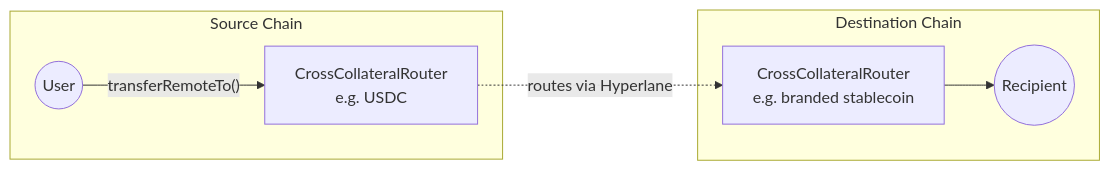
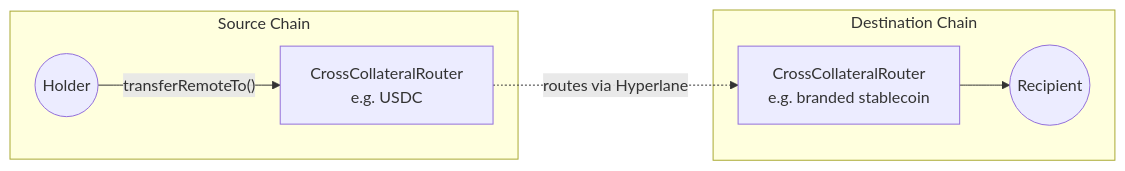
Before and after one commit to hyperlane-xyz/v4-docs: the diagram in docs/applications/stablelane/overview.mdx, drawn with Mermaid. The commit also changed other lines of this file, not shown here.

````diff
--- a/docs/applications/stablelane/overview.mdx
+++ b/docs/applications/stablelane/overview.mdx
@@ -68,14 +72,14 @@
 ```mermaid
 flowchart LR
     subgraph source["Source Chain"]
-        U((User))
+        U((Holder))
         SR["CrossCollateralRouter<br/>e.g. USDC"]
     end
     subgraph destination["Destination Chain"]
         DR["CrossCollateralRouter<br/>e.g. branded stablecoin"]
         R((Recipient))
     end
     U -- "transferRemoteTo()" --> SR
     SR -. "routes via Hyperlane" .-> DR
     DR --> R
 ```
````
